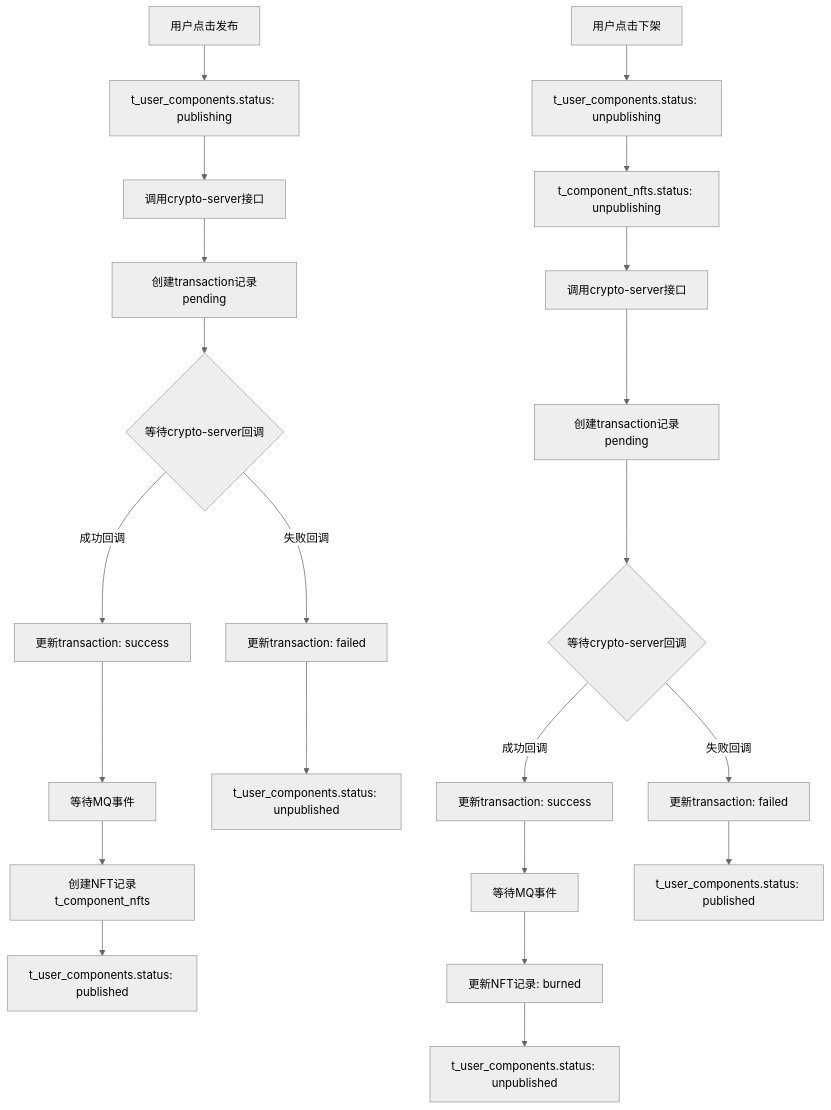
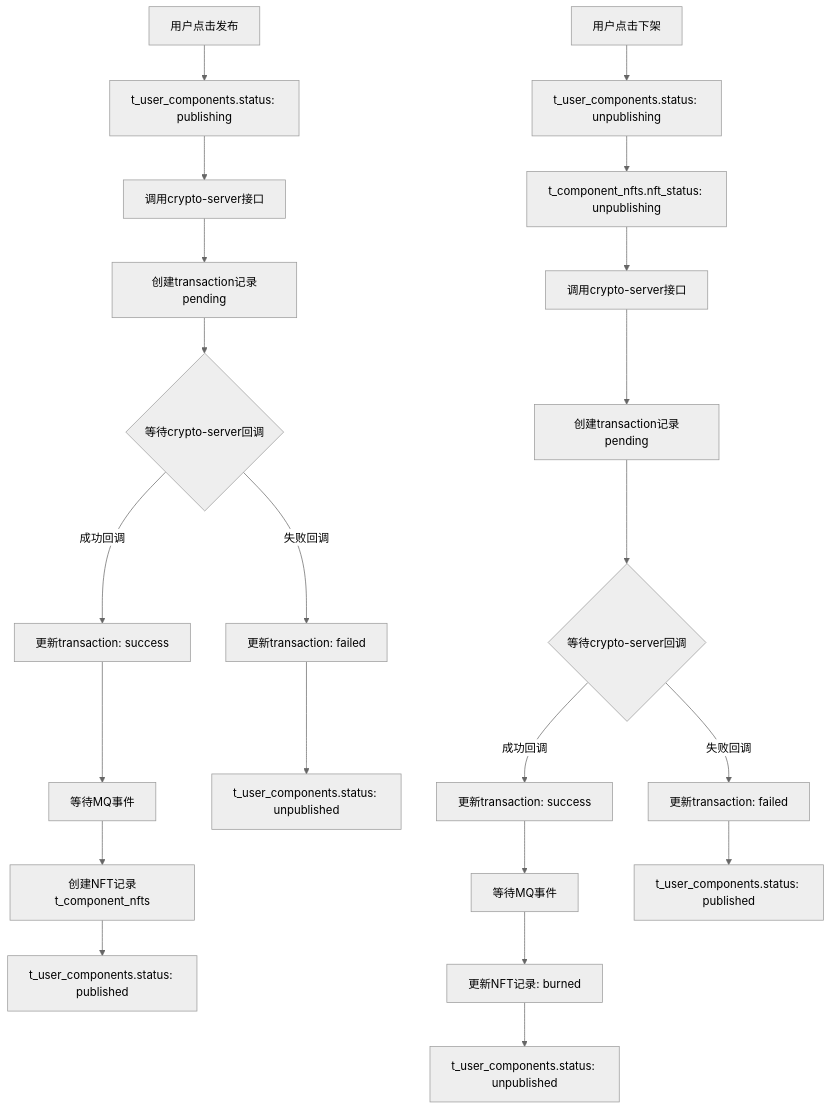
One commit to yingjianzh/iodraw-files changed the diagram in all/未命名-74.md. Above: the diagram before and after it, drawn with Mermaid (neutral theme).

Commit message:
2025-07-07 15:54:10 update

````diff
--- a/all/未命名-74.md
+++ b/all/未命名-74.md
@@ -1,31 +1,31 @@
 ```mermaid
 
 graph TD
     A[用户点击发布] --> B[t_user_components.status: publishing]
     B --> C[调用crypto-server接口]
     C --> D[创建transaction记录pending]
     D --> E{等待crypto-server回调}
     
     E -->|成功回调| F[更新transaction: success]
     F --> G[等待MQ事件]
     G --> H[创建NFT记录t_component_nfts]
     H --> I[t_user_components.status: published]
     
     E -->|失败回调| J[更新transaction: failed]
     J --> K[t_user_components.status: unpublished]
     
     L[用户点击下架] --> M[t_user_components.status: unpublishing]
-    M --> M1[t_component_nfts.status: unpublishing]
+    M --> M1[t_component_nfts.nft_status: unpublishing]
     M1 --> N[调用crypto-server接口]
     N --> O[创建transaction记录pending]
     O --> P{等待crypto-server回调}
     
     P -->|成功回调| Q[更新transaction: success]
     Q --> R[等待MQ事件]
     R --> S[更新NFT记录: burned]
     S --> T[t_user_components.status: unpublished]
     
     P -->|失败回调| U[更新transaction: failed]
     U --> V[t_user_components.status: published]
 
 ```
````
